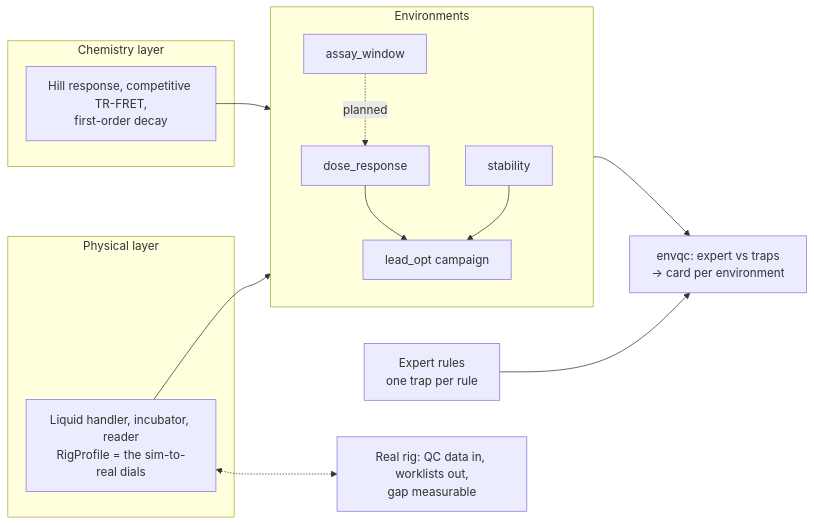
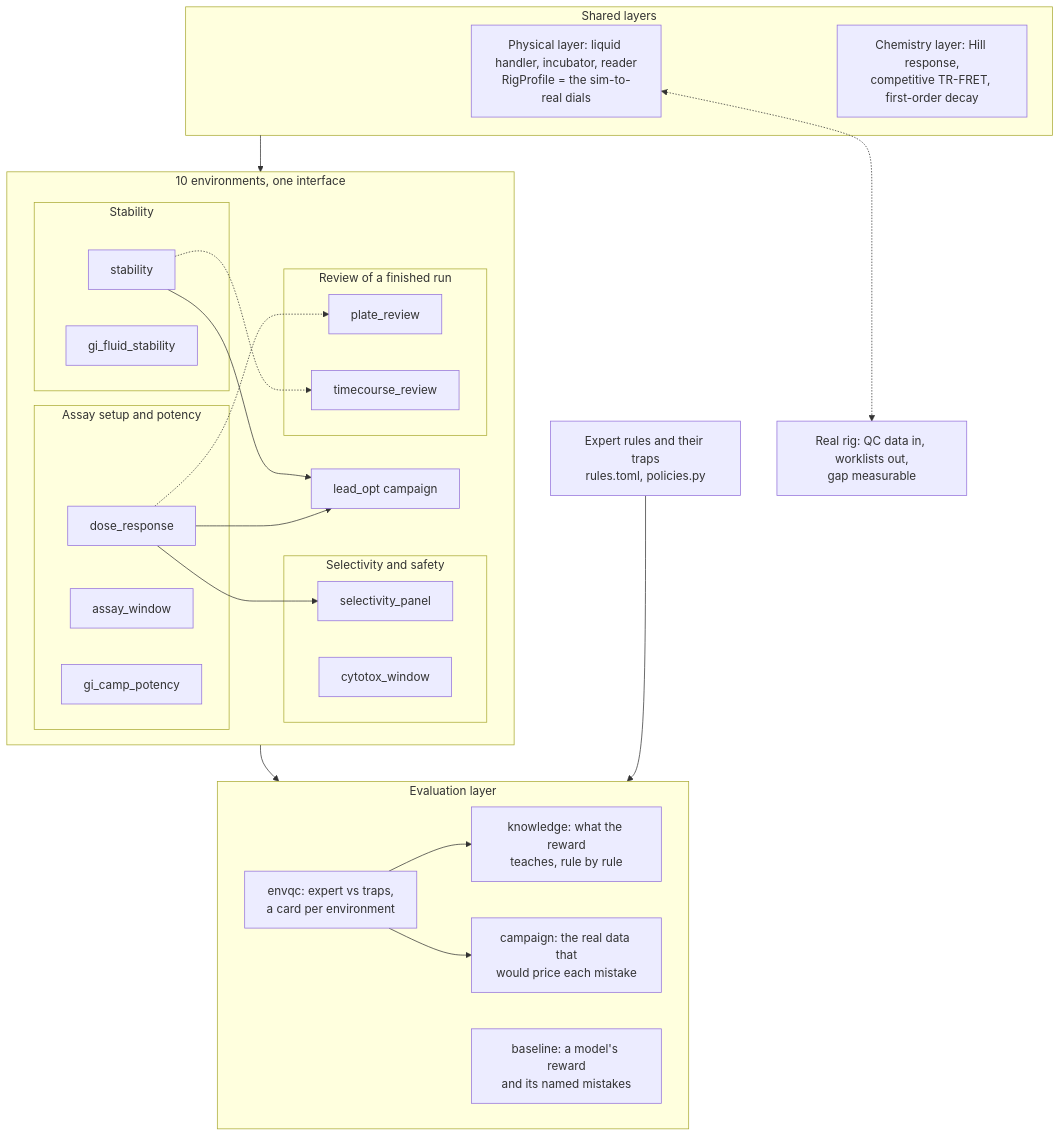
One commit to di-omics/drugdev-gym changed the diagram in README.md. Above: the diagram before and after it, drawn with Mermaid. The commit also changed other lines of this file and 3 other files, not shown here.

First line of the commit message:
Add a map of the repo, an index of results/, and an up-to-date diagram

````diff
--- a/README.md
+++ b/README.md
@@ -38,19 +38,45 @@
 ```mermaid
-flowchart LR
-  subgraph physical [Physical layer]
-    rig[Liquid handler, incubator, reader<br/>RigProfile = the sim-to-real dials]
+flowchart TB
+  subgraph shared ["Shared layers"]
+    rig["Physical layer: liquid handler, incubator, reader<br/>RigProfile = the sim-to-real dials"]
+    chem["Chemistry layer: Hill response,<br/>competitive TR-FRET, first-order decay"]
   end
-  subgraph chem [Chemistry layer]
-    c[Hill response, competitive TR-FRET,<br/>first-order decay]
+  subgraph environments ["10 environments, one interface"]
+    subgraph potency ["Assay setup and potency"]
+      aw[assay_window]
+      dr[dose_response]
+      gc[gi_camp_potency]
+    end
+    subgraph stab ["Stability"]
+      st[stability]
+      gf[gi_fluid_stability]
+    end
+    subgraph safety ["Selectivity and safety"]
+      sp[selectivity_panel]
+      cw[cytotox_window]
+    end
+    subgraph review ["Review of a finished run"]
+      pr[plate_review]
+      tr[timecourse_review]
+    end
+    lo[lead_opt campaign]
+    dr --> lo
+    st --> lo
+    dr --> sp
+    dr -.-> pr
+    st -.-> tr
   end
-  subgraph environments [Environments]
-    aw[assay_window] -. planned .-> dr[dose_response]
-    dr --> lo[lead_opt campaign]
-    st[stability] --> lo
+  subgraph evaluation ["Evaluation layer"]
+    qc["envqc: expert vs traps,<br/>a card per environment"]
+    kn["knowledge: what the reward<br/>teaches, rule by rule"]
+    ca["campaign: the real data that<br/>would price each mistake"]
+    ba["baseline: a model's reward<br/>and its named mistakes"]
+    qc --> kn
+    qc --> ca
   end
-  rules[Expert rules<br/>one trap per rule] --> qc
-  rig --> environments
-  c --> environments
-  environments --> qc[envqc: expert vs traps<br/>-> card per environment]
-  rig <-.-> real[Real rig: QC data in, worklists out,<br/>gap measurable]
+  rules["Expert rules and their traps<br/>rules.toml, policies.py"]
+  shared --> environments
+  environments --> evaluation
+  rules --> evaluation
+  rig <-.-> real["Real rig: QC data in, worklists out,<br/>gap measurable"]
 ```
````
